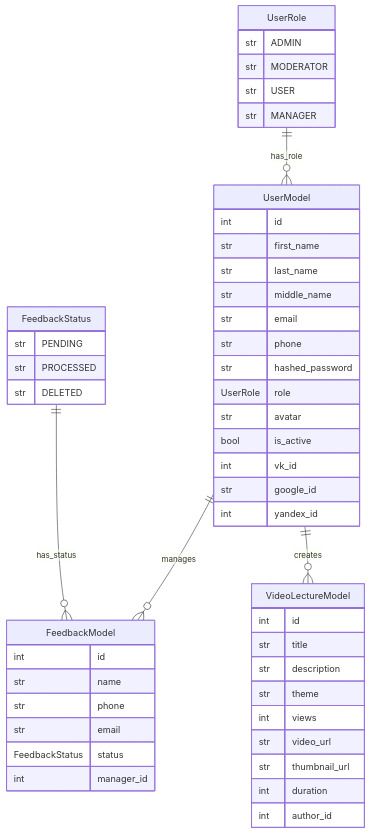
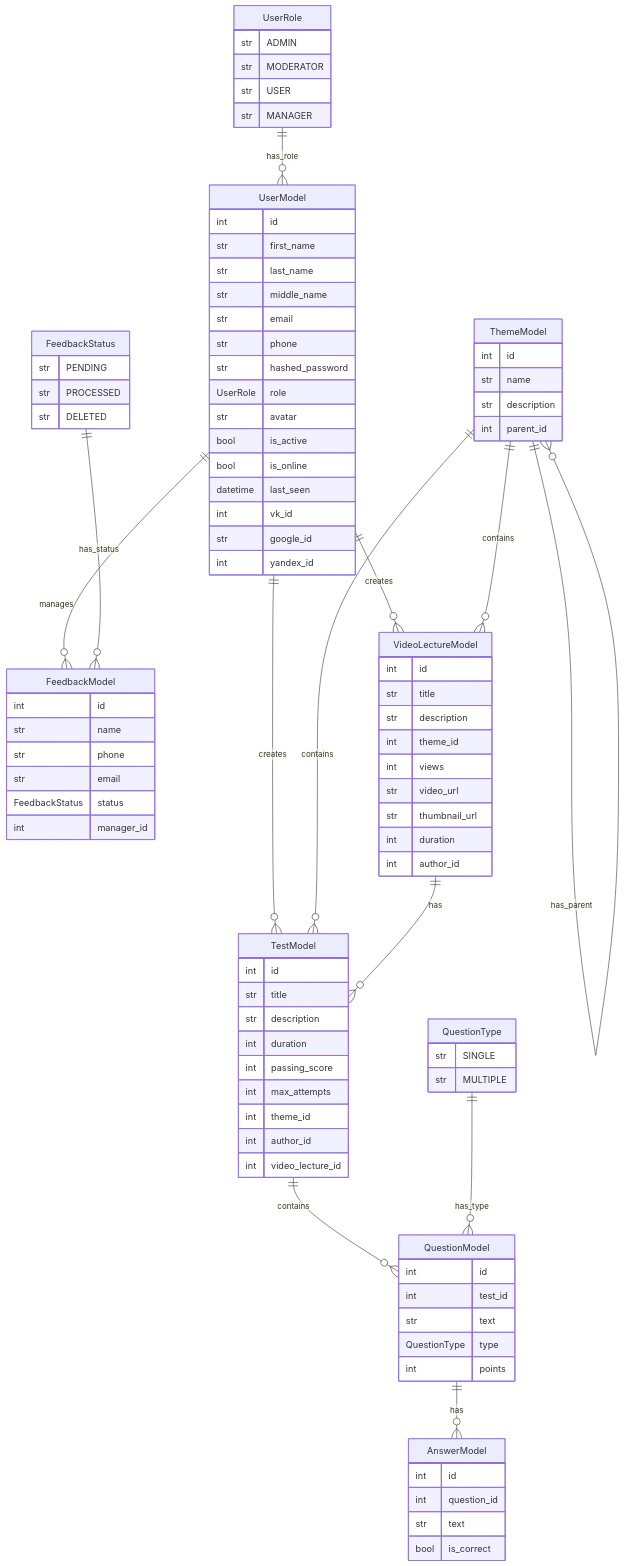
The diagram in docs/models.md (darkgooddack/educational-platform), drawn with Mermaid before and after one commit. The commit also changed other lines of this file and 4 other files, not shown here.

Commit message:
feat: добавлены модели тестов, связаны с новой таблицей тем, также связаны с таблицами пользователя и видео, в модели пользователя новые поля - последняя активность и онлайн. Переименовано поле для видео - theme_id (bool)

````diff
--- a/docs/models.md
+++ b/docs/models.md
@@ -3,6 +3,16 @@
 erDiagram
     UserModel ||--o{ FeedbackModel : manages
     UserModel ||--o{ VideoLectureModel : creates
+    UserModel ||--o{ TestModel : creates
+
+    ThemeModel ||--o{ VideoLectureModel : contains
+    ThemeModel ||--o{ TestModel : contains
+    ThemeModel ||--o{ ThemeModel : has_parent
+
+    VideoLectureModel ||--o{ TestModel : has
+    TestModel ||--o{ QuestionModel : contains
+    QuestionModel ||--o{ AnswerModel : has
+
     UserModel {
         int id
         str first_name
@@ -14,10 +24,13 @@
         UserRole role
         str avatar
         bool is_active
+        bool is_online
+        datetime last_seen
         int vk_id
         str google_id
         int yandex_id
     }
+
     FeedbackModel {
         int id
         str name
@@ -26,19 +39,56 @@
         FeedbackStatus status
         int manager_id
     }
+
+    ThemeModel {
+        int id
+        str name
+        str description
+        int parent_id
+    }
+
     VideoLectureModel {
         int id
         str title
         str description
-        str theme
+        int theme_id
         int views
         str video_url
         str thumbnail_url
         int duration
         int author_id
     }
+
+    TestModel {
+        int id
+        str title
+        str description
+        int duration
+        int passing_score
+        int max_attempts
+        int theme_id
+        int author_id
+        int video_lecture_id
+    }
+
+    QuestionModel {
+        int id
+        int test_id
+        str text
+        QuestionType type
+        int points
+    }
+
+    AnswerModel {
+        int id
+        int question_id
+        str text
+        bool is_correct
+    }
+
     UserRole ||--o{ UserModel : has_role
     FeedbackStatus ||--o{ FeedbackModel : has_status
+    QuestionType ||--o{ QuestionModel : has_type
     UserRole {
         str ADMIN
         str MODERATOR
@@ -50,6 +100,9 @@
         str PROCESSED
         str DELETED
     }
-
+    QuestionType {
+        str SINGLE
+        str MULTIPLE
+    }
 
 ```
````
